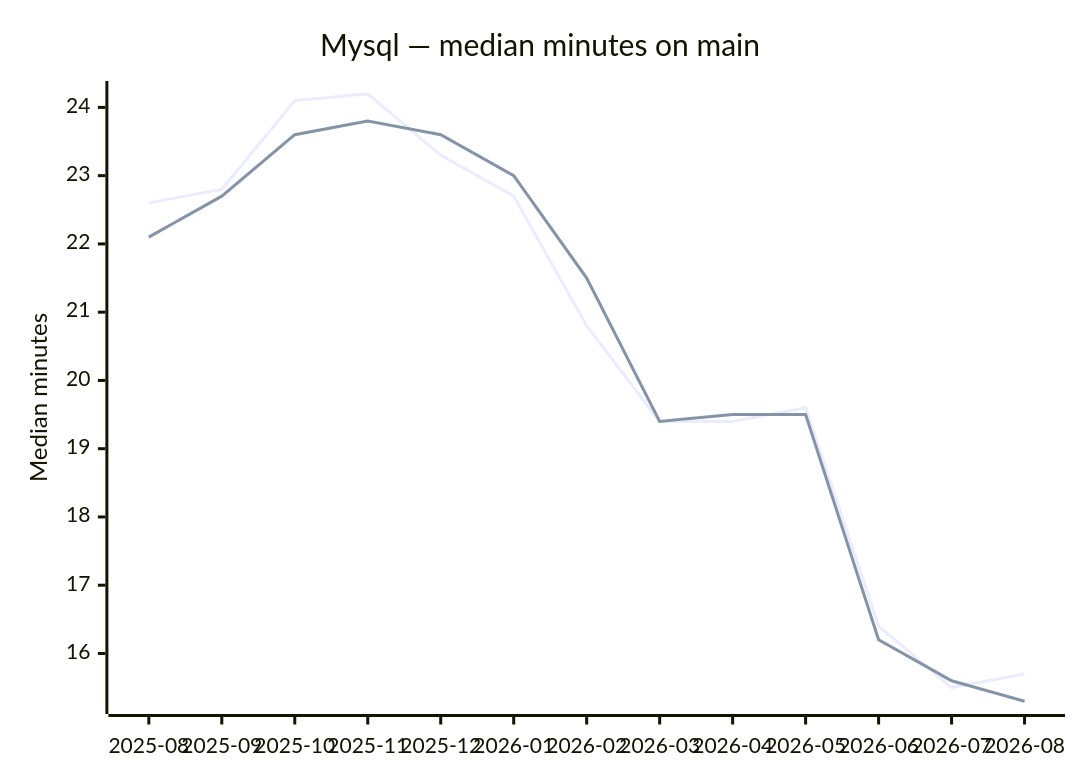
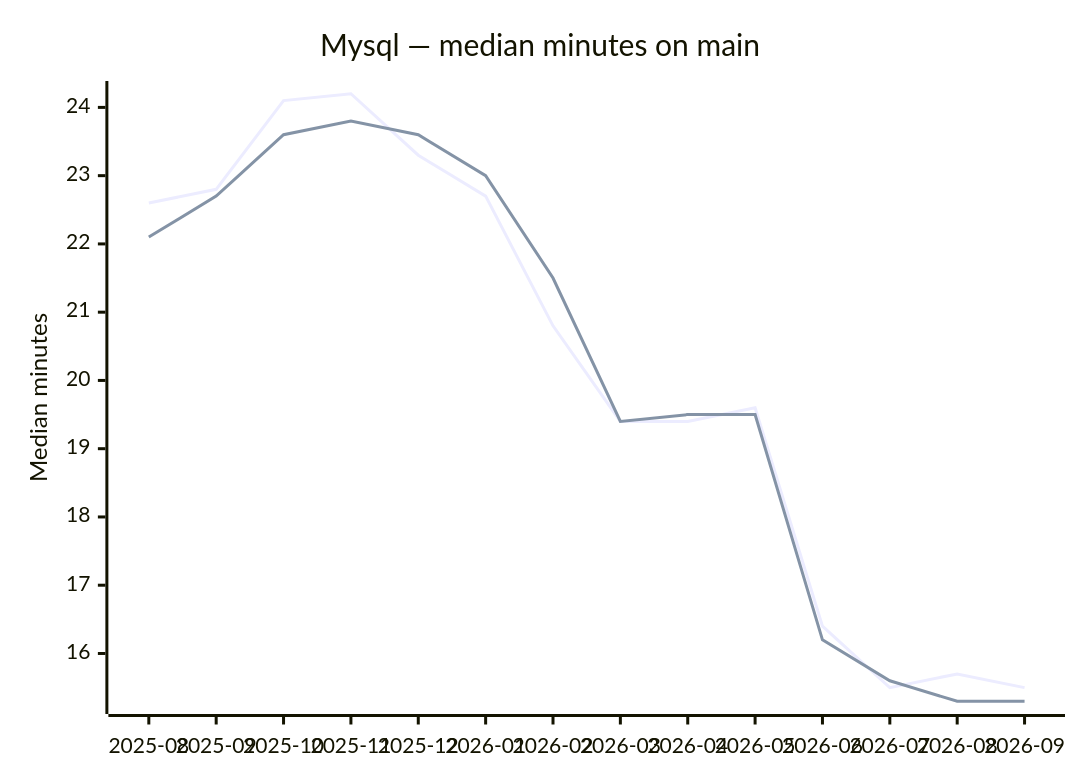
The first of 2 diagrams in README.md (cloudfoundry/cloud_controller_ng), drawn with Mermaid before and after one commit. The commit also changed other lines of this file and 1 other file, not shown here.

````diff
--- a/README.md
+++ b/README.md
@@ -14,8 +14,8 @@
 ```mermaid
 xychart-beta
     title "Mysql — median minutes on main"
-    x-axis ["2025-08", "2025-09", "2025-10", "2025-11", "2025-12", "2026-01", "2026-02", "2026-03", "2026-04", "2026-05", "2026-06", "2026-07", "2026-08"]
+    x-axis ["2025-08", "2025-09", "2025-10", "2025-11", "2025-12", "2026-01", "2026-02", "2026-03", "2026-04", "2026-05", "2026-06", "2026-07", "2026-08", "2026-09"]
     y-axis "Median minutes"
-    line "mysql:8.0" [22.6, 22.8, 24.1, 24.2, 23.3, 22.7, 20.8, 19.4, 19.4, 19.6, 16.4, 15.5, 15.7]
-    line "mysql:8.2" [22.1, 22.7, 23.6, 23.8, 23.6, 23.0, 21.5, 19.4, 19.5, 19.5, 16.2, 15.6, 15.3]
+    line "mysql:8.0" [22.6, 22.8, 24.1, 24.2, 23.3, 22.7, 20.8, 19.4, 19.4, 19.6, 16.4, 15.5, 15.7, 15.5]
+    line "mysql:8.2" [22.1, 22.7, 23.6, 23.8, 23.6, 23.0, 21.5, 19.4, 19.5, 19.5, 16.2, 15.6, 15.3, 15.3]
 ```
````
